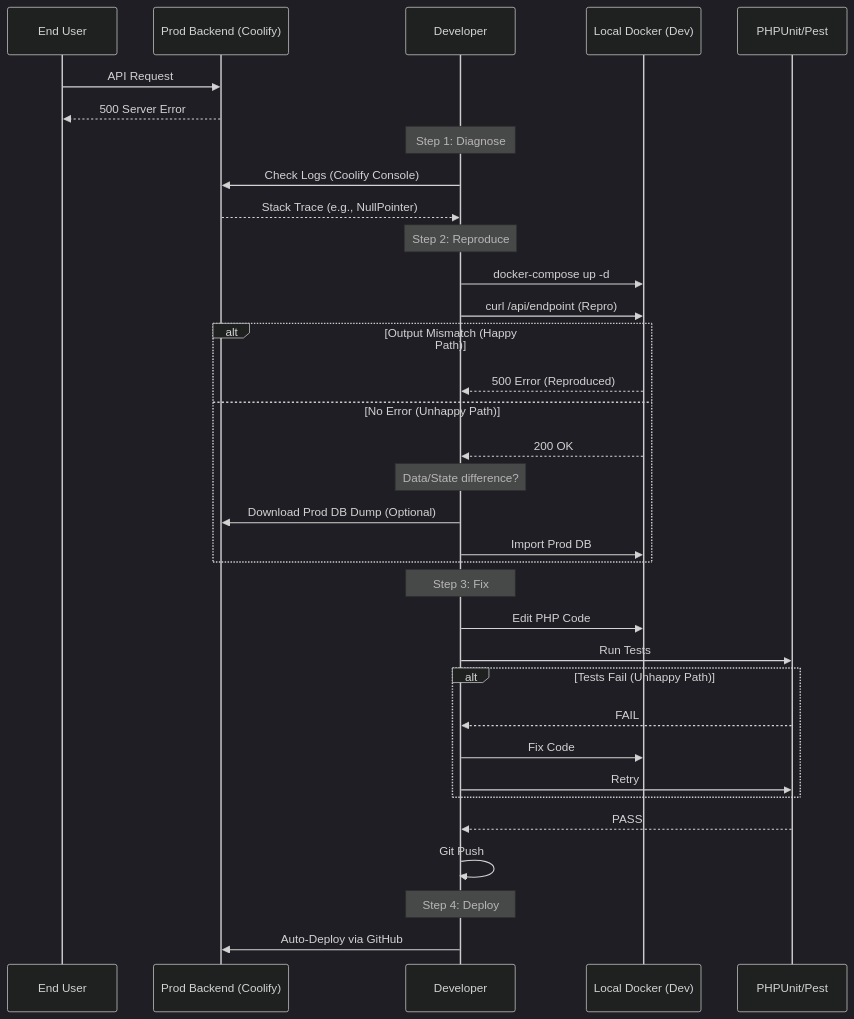
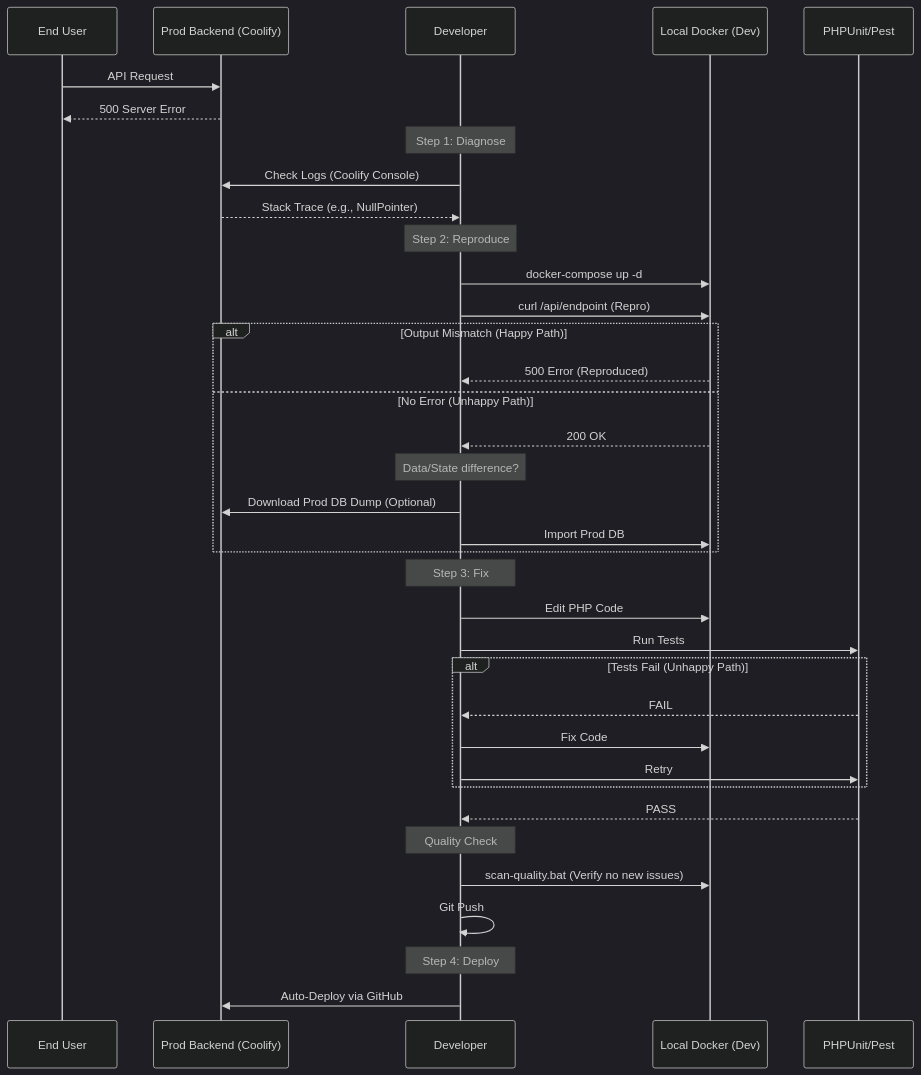
Before and after one commit to ihkaru/cerdas: the second of 5 diagrams in docs/WORKFLOW_AND_DEBUGGING.md, drawn with Mermaid (dark theme). The commit also changed other lines of this file and 3 other files, not shown here.

````diff
--- a/docs/WORKFLOW_AND_DEBUGGING.md
+++ b/docs/WORKFLOW_AND_DEBUGGING.md
@@ -71,44 +74,48 @@
 ```mermaid
 sequenceDiagram
     participant User as End User
     participant Prod as Prod Backend (Coolify)
     participant Dev as Developer
     participant Local as Local Docker (Dev)
     participant Test as PHPUnit/Pest
 
     User->>Prod: API Request
     Prod-->>User: 500 Server Error
     
     Note over Dev: Step 1: Diagnose
     Dev->>Prod: Check Logs (Coolify Console)
     Prod-->>Dev: Stack Trace (e.g., NullPointer)
 
     Note over Dev: Step 2: Reproduce
     Dev->>Local: docker-compose up -d
     Dev->>Local: curl /api/endpoint (Repro)
     
     alt Output Mismatch (Happy Path)
         Local-->>Dev: 500 Error (Reproduced)
     else No Error (Unhappy Path)
         Local-->>Dev: 200 OK
         Note over Dev: Data/State difference?
         Dev->>Prod: Download Prod DB Dump (Optional)
         Dev->>Local: Import Prod DB
     end
 
     Note over Dev: Step 3: Fix
     Dev->>Local: Edit PHP Code
     Dev->>Test: Run Tests
     
     alt Tests Fail (Unhappy Path)
         Test-->>Dev: FAIL
         Dev->>Local: Fix Code
         Dev->>Test: Retry
     end
 
     Test-->>Dev: PASS
+    
+    Note over Dev: Quality Check
+    Dev->>Local: scan-quality.bat (Verify no new issues)
+
     Dev->>Dev: Git Push
     
     Note over Dev: Step 4: Deploy
     Dev->>Prod: Auto-Deploy via GitHub
 ```
````
